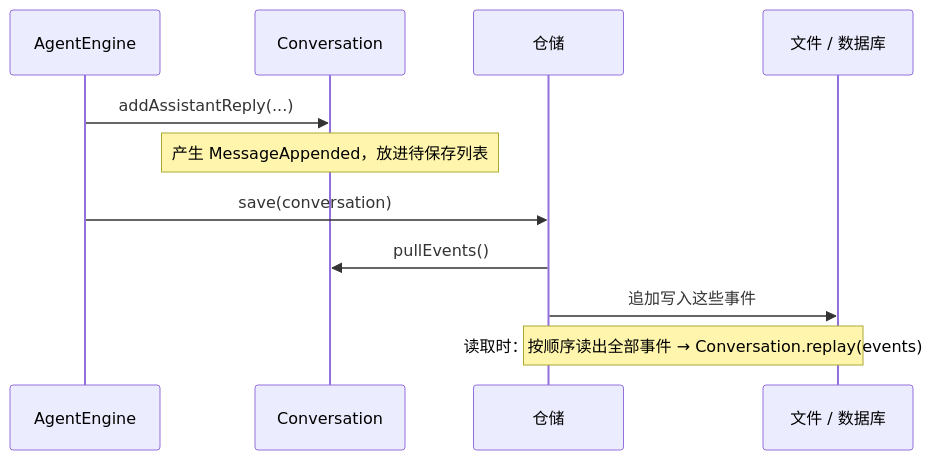
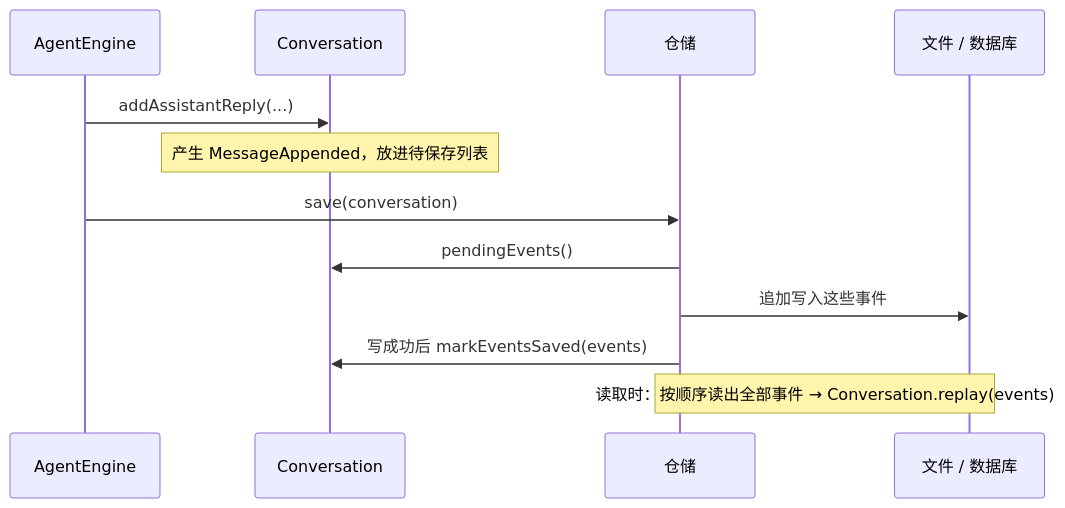
Before and after one commit to stackJx/agent-java: the second of 5 diagrams in docs/06-persistence.md, drawn with Mermaid. The commit also changed other lines of this file and 116 other files, not shown here.

````diff
--- a/docs/06-persistence.md
+++ b/docs/06-persistence.md
@@ -35,14 +35,15 @@
 ```mermaid
 sequenceDiagram
     participant Eng as AgentEngine
     participant Conv as Conversation
     participant Repo as 仓储
     participant Store as 文件 / 数据库
 
     Eng->>Conv: addAssistantReply(...)
     Note over Conv: 产生 MessageAppended，放进待保存列表
     Eng->>Repo: save(conversation)
-    Repo->>Conv: pullEvents()
+    Repo->>Conv: pendingEvents()
     Repo->>Store: 追加写入这些事件
+    Repo->>Conv: 写成功后 markEventsSaved(events)
     Note over Repo,Store: 读取时：按顺序读出全部事件 → Conversation.replay(events)
 ```
````
